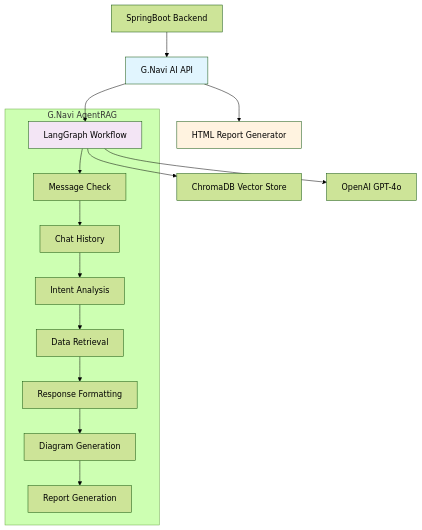
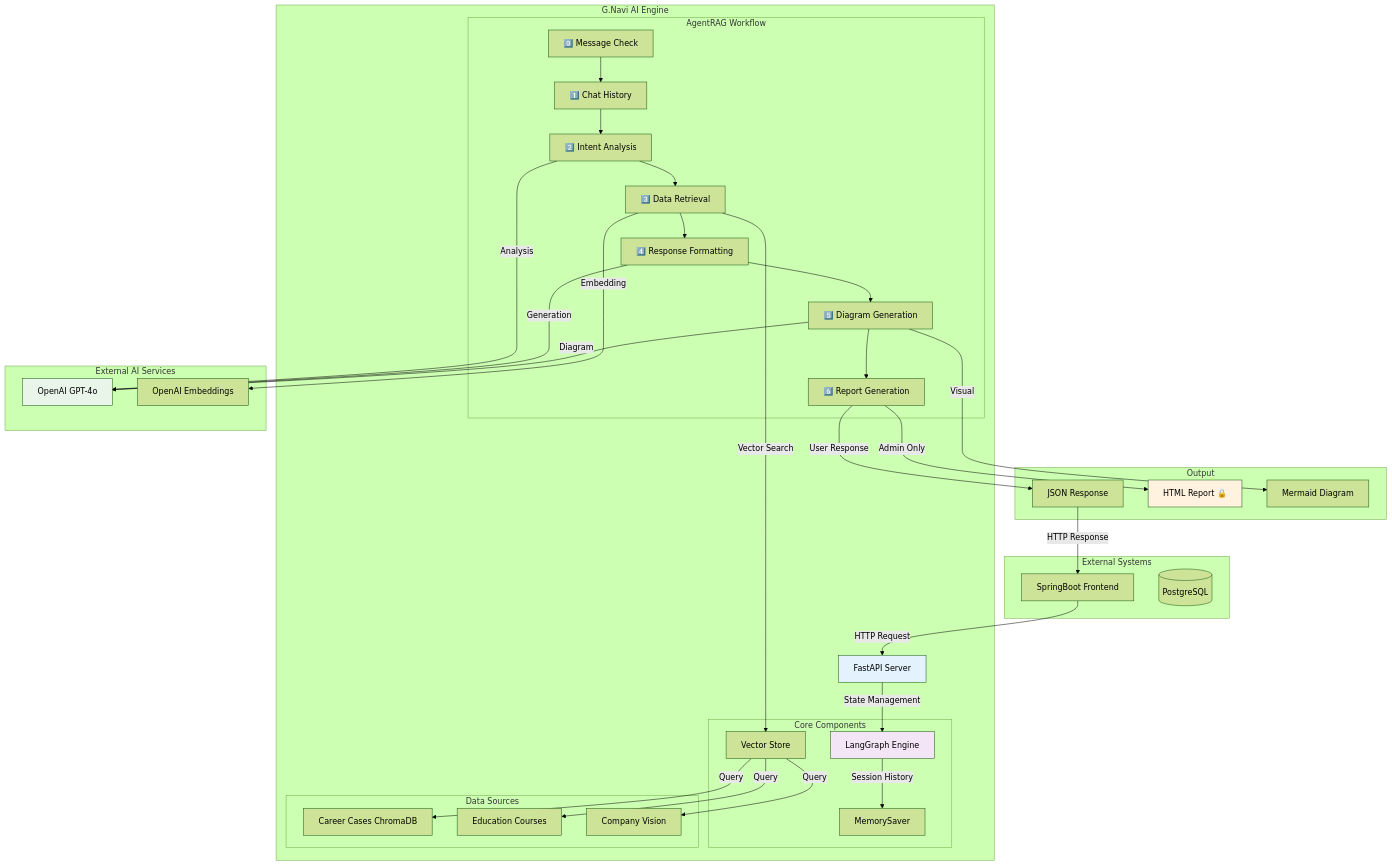
Before and after one commit to SK4toB/g-navi-ai-api: the first of 4 diagrams in README.md, drawn with Mermaid (forest theme). The commit also changed other lines of this file, not shown here.

````diff
--- a/README.md
+++ b/README.md
@@ -53,22 +75,75 @@
 ```mermaid
-flowchart TD
-    A[SpringBoot Backend] --> B[G.Navi AI API]
-    B --> C[LangGraph Workflow]
-    C --> D[ChromaDB Vector Store]
-    C --> E[OpenAI GPT-4o]
-    B --> F[HTML Report Generator]
-    
-    subgraph "G.Navi AgentRAG"
-        C --> G[Message Check]
-        G --> H[Chat History]
-        H --> I[Intent Analysis]
-        I --> J[Data Retrieval]
-        J --> K[Response Formatting]
-        K --> L[Diagram Generation]
-        L --> M[Report Generation]
+graph TB
+    subgraph "External Systems"
+        FE[SpringBoot Frontend]
+        DB[(PostgreSQL)]
     end
     
-    style B fill:#e1f5fe
-    style C fill:#f3e5f5
-    style F fill:#fff3e0
+    subgraph "G.Navi AI Engine"
+        API[FastAPI Server]
+        
+        subgraph "AgentRAG Workflow"
+            MC[0️⃣ Message Check]
+            CH[1️⃣ Chat History]
+            IA[2️⃣ Intent Analysis]
+            DR[3️⃣ Data Retrieval]
+            RF[4️⃣ Response Formatting]
+            DG[5️⃣ Diagram Generation]
+            RG[6️⃣ Report Generation]
+            
+            MC --> CH
+            CH --> IA
+            IA --> DR
+            DR --> RF
+            RF --> DG
+            DG --> RG
+        end
+        
+        subgraph "Core Components"
+            LG[LangGraph Engine]
+            MS[MemorySaver]
+            VS[Vector Store]
+        end
+        
+        subgraph "Data Sources"
+            CC[Career Cases ChromaDB]
+            EC[Education Courses]
+            CV[Company Vision]
+        end
+    end
+    
+    subgraph "External AI Services"
+        GPT[OpenAI GPT-4o]
+        EMB[OpenAI Embeddings]
+    end
+    
+    subgraph "Output"
+        JSON[JSON Response]
+        HTML[HTML Report 🔒]
+        MERMAID[Mermaid Diagram]
+    end
+    
+    FE -->|HTTP Request| API
+    API -->|State Management| LG
+    LG -->|Session History| MS
+    DR -->|Vector Search| VS
+    VS -->|Query| CC
+    VS -->|Query| EC
+    VS -->|Query| CV
+    
+    IA -->|Analysis| GPT
+    RF -->|Generation| GPT
+    DG -->|Diagram| GPT
+    DR -->|Embedding| EMB
+    
+    RG -->|User Response| JSON
+    RG -->|Admin Only| HTML
+    DG -->|Visual| MERMAID
+    
+    JSON -->|HTTP Response| FE
+    
+    style API fill:#e3f2fd
+    style LG fill:#f3e5f5
+    style GPT fill:#e8f5e8
+    style HTML fill:#fff3e0
 ```
````
